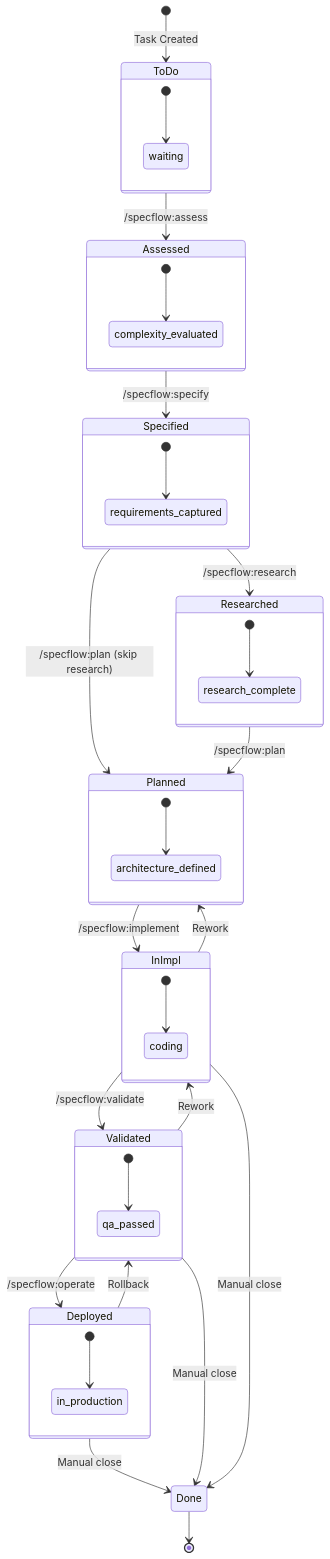
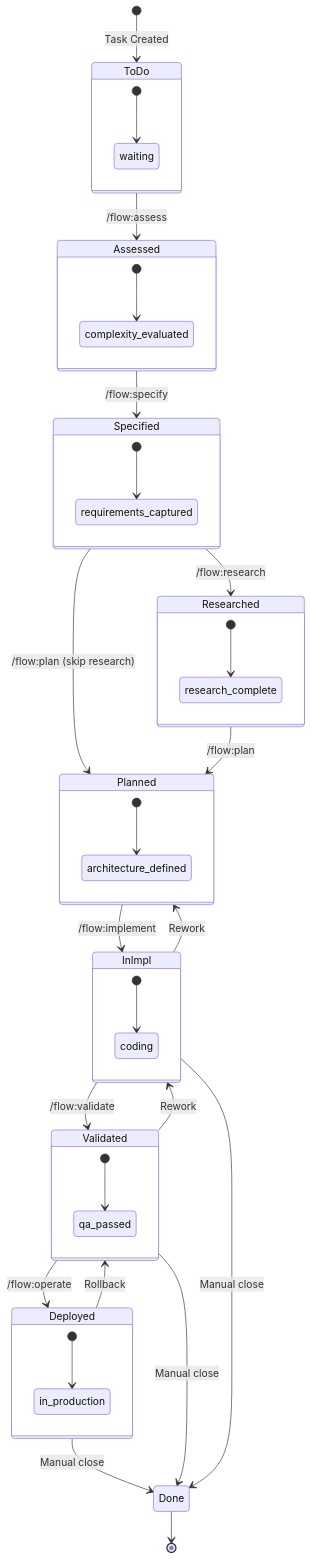
The first of 5 diagrams in docs/reference/agent-architecture-diagrams.md (jpoley/jp-spec-kit), drawn with Mermaid before and after one commit. The commit also changed other lines of this file and 525 other files, not shown here.

First line of the commit message:
feat!: rename specflow to flowspec namespace

````diff
--- a/docs/reference/agent-architecture-diagrams.md
+++ b/docs/reference/agent-architecture-diagrams.md
@@ -21,48 +21,48 @@
 ```mermaid
 stateDiagram-v2
     [*] --> ToDo: Task Created
 
-    ToDo --> Assessed: /specflow:assess
-    Assessed --> Specified: /specflow:specify
-    Specified --> Researched: /specflow:research
-    Specified --> Planned: /specflow:plan (skip research)
-    Researched --> Planned: /specflow:plan
-    Planned --> InImpl: /specflow:implement
-    InImpl --> Validated: /specflow:validate
-    Validated --> Deployed: /specflow:operate
+    ToDo --> Assessed: /flow:assess
+    Assessed --> Specified: /flow:specify
+    Specified --> Researched: /flow:research
+    Specified --> Planned: /flow:plan (skip research)
+    Researched --> Planned: /flow:plan
+    Planned --> InImpl: /flow:implement
+    InImpl --> Validated: /flow:validate
+    Validated --> Deployed: /flow:operate
 
     Deployed --> Done: Manual close
     Validated --> Done: Manual close
     InImpl --> Done: Manual close
 
     InImpl --> Planned: Rework
     Validated --> InImpl: Rework
     Deployed --> Validated: Rollback
 
     Done --> [*]
 
     state ToDo {
         [*] --> waiting
     }
     state Assessed {
         [*] --> complexity_evaluated
     }
     state Specified {
         [*] --> requirements_captured
     }
     state Researched {
         [*] --> research_complete
     }
     state Planned {
         [*] --> architecture_defined
     }
     state InImpl {
         [*] --> coding
     }
     state Validated {
         [*] --> qa_passed
     }
     state Deployed {
         [*] --> in_production
     }
 ```
````
